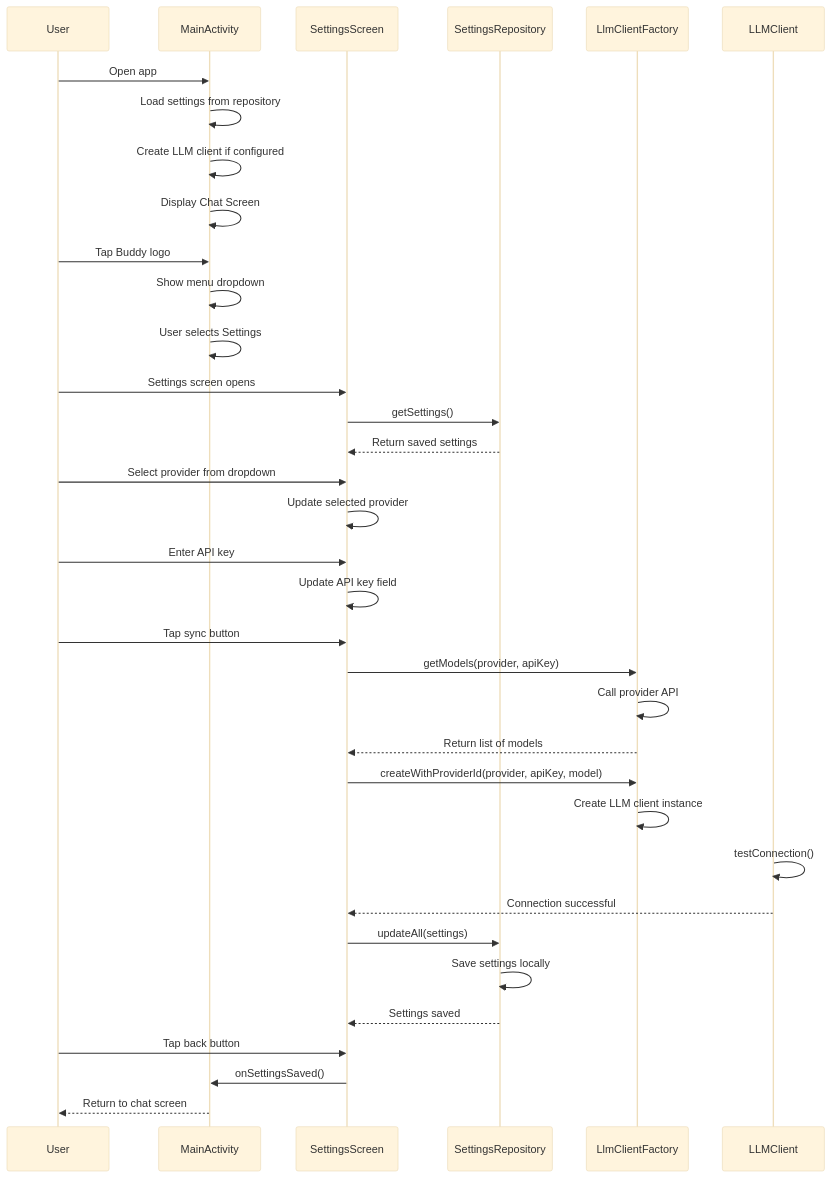
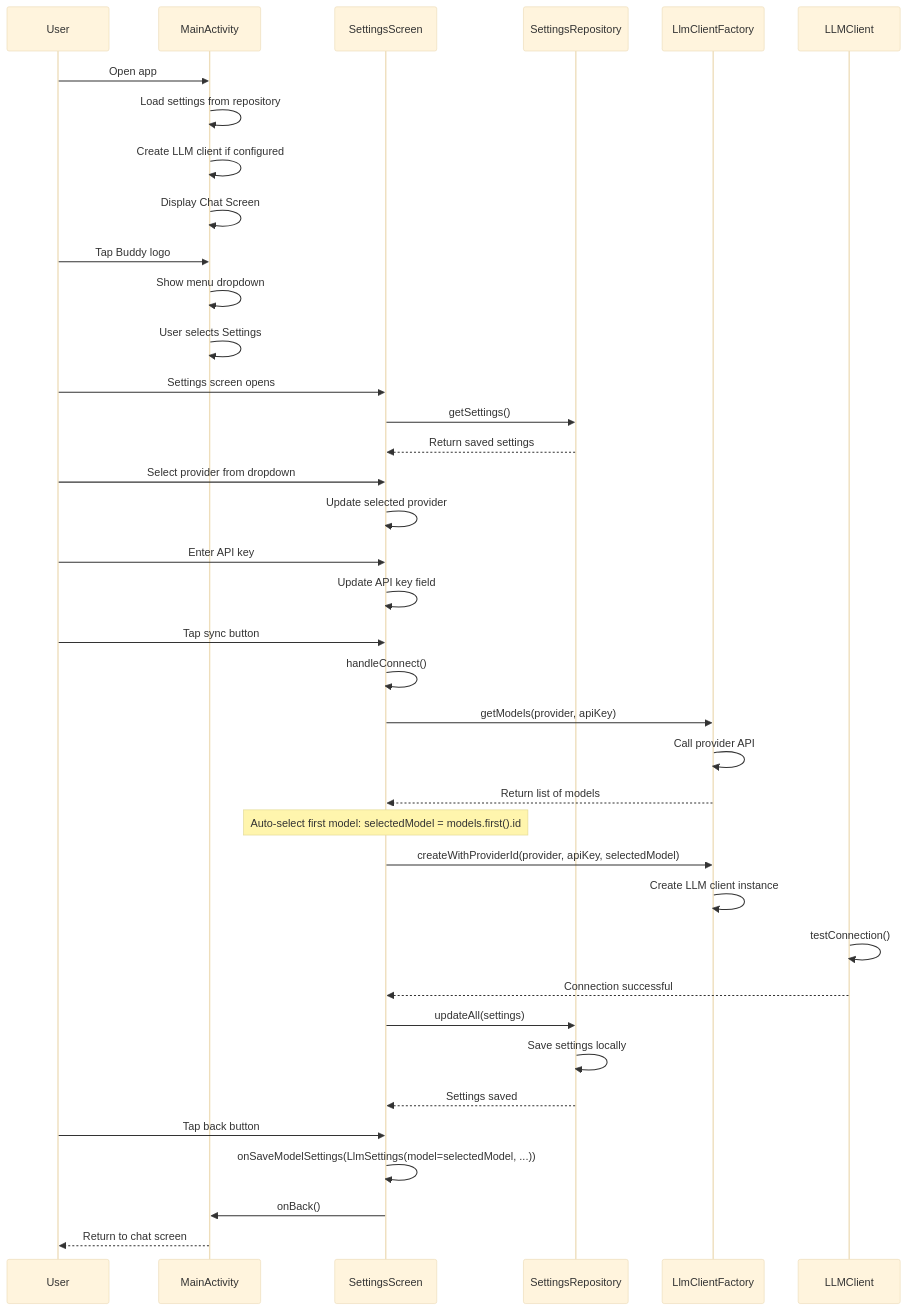
One commit to lehoang318/buddy changed the first of 10 diagrams in docs/seq_others.md. Above: the diagram before and after it, drawn with Mermaid (base theme). The commit also changed other lines of this file and 7 other files, not shown here.

````diff
--- a/docs/seq_others.md
+++ b/docs/seq_others.md
@@ -7,46 +7,50 @@
 ```mermaid
 sequenceDiagram
     participant User
     participant MainActivity
     participant SettingsScreen
     participant SettingsRepository
     participant LlmClientFactory
     participant LLMClient
 
     User->>MainActivity: Open app
     MainActivity->>MainActivity: Load settings from repository
     MainActivity->>MainActivity: Create LLM client if configured
     MainActivity->>MainActivity: Display Chat Screen
 
     User->>MainActivity: Tap Buddy logo
     MainActivity->>MainActivity: Show menu dropdown
     MainActivity->>MainActivity: User selects Settings
 
     User->>SettingsScreen: Settings screen opens
     SettingsScreen->>SettingsRepository: getSettings()
     SettingsRepository-->>SettingsScreen: Return saved settings
 
     User->>SettingsScreen: Select provider from dropdown
     SettingsScreen->>SettingsScreen: Update selected provider
 
     User->>SettingsScreen: Enter API key
     SettingsScreen->>SettingsScreen: Update API key field
 
     User->>SettingsScreen: Tap sync button
+    SettingsScreen->>SettingsScreen: handleConnect()
     SettingsScreen->>LlmClientFactory: getModels(provider, apiKey)
     LlmClientFactory->>LlmClientFactory: Call provider API
     LlmClientFactory-->>SettingsScreen: Return list of models
 
-    SettingsScreen->>LlmClientFactory: createWithProviderId(provider, apiKey, model)
+    Note over SettingsScreen: Auto-select first model: selectedModel = models.first().id
+
+    SettingsScreen->>LlmClientFactory: createWithProviderId(provider, apiKey, selectedModel)
     LlmClientFactory->>LlmClientFactory: Create LLM client instance
     LLMClient->>LLMClient: testConnection()
     LLMClient-->>SettingsScreen: Connection successful
 
     SettingsScreen->>SettingsRepository: updateAll(settings)
     SettingsRepository->>SettingsRepository: Save settings locally
     SettingsRepository-->>SettingsScreen: Settings saved
 
     User->>SettingsScreen: Tap back button
-    SettingsScreen->>MainActivity: onSettingsSaved()
+    SettingsScreen->>SettingsScreen: onSaveModelSettings(LlmSettings(model=selectedModel, ...))
+    SettingsScreen->>MainActivity: onBack()
     MainActivity-->>User: Return to chat screen
 ```
````
